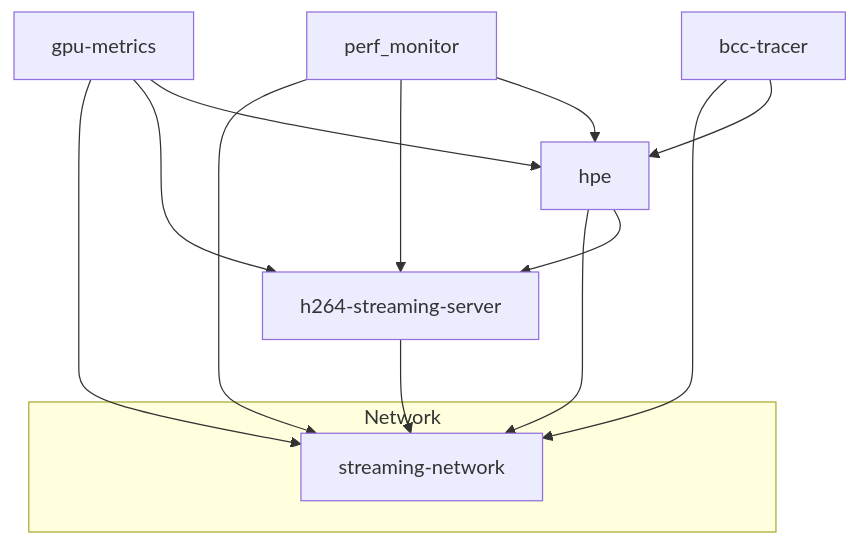
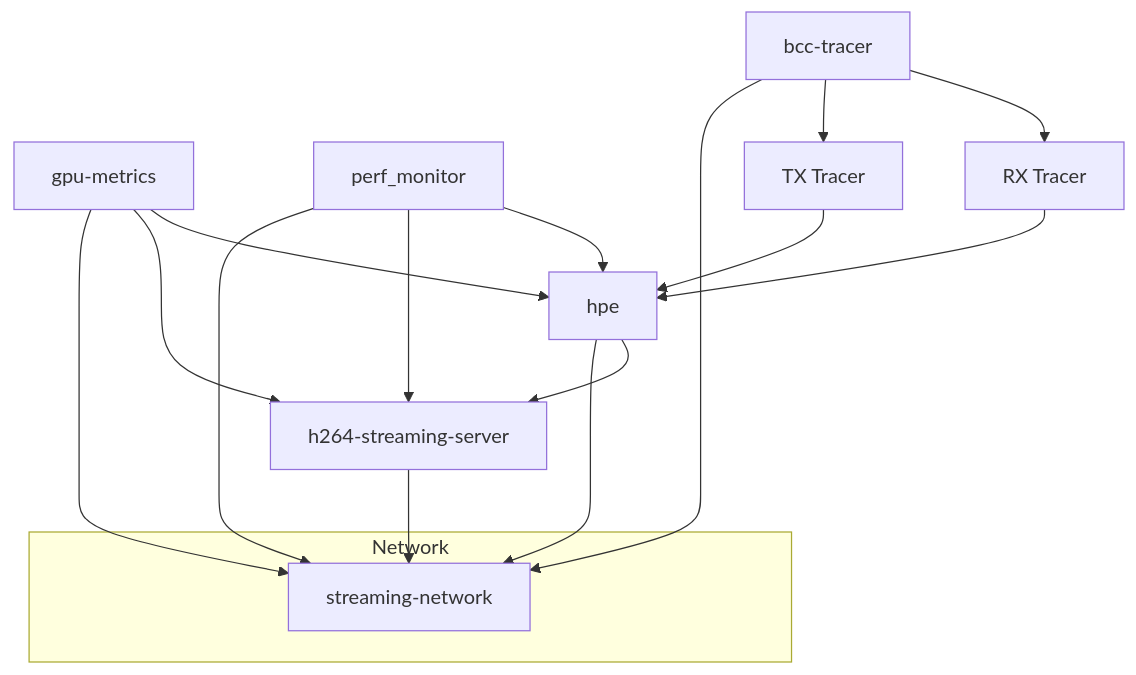
The fifth of 8 diagrams in .qoder/repowiki/en/content/Monitoring and Analytics/Metrics Collection.md (Fogus-Gr/MeasurementsDTs), drawn with Mermaid before and after one commit. The commit also changed other lines of this file and 14 other files, not shown here.

````diff
--- a/.qoder/repowiki/en/content/Monitoring and Analytics/Metrics Collection.md
+++ b/.qoder/repowiki/en/content/Monitoring and Analytics/Metrics Collection.md
@@ -170,17 +267,20 @@
 ```mermaid
 graph TB
 subgraph "Network"
 N["streaming-network"]
 end
 H264["h264-streaming-server"] --> N
 HPE["hpe"] --> N
 GM["gpu-metrics"] --> N
 PM["perf_monitor"] --> N
 BT["bcc-tracer"] --> N
+BT --> TX["TX Tracer"]
+BT --> RX["RX Tracer"]
 HPE --> H264
 GM --> H264
 GM --> HPE
 PM --> H264
 PM --> HPE
-BT --> HPE
+TX --> HPE
+RX --> HPE
 ```
````
